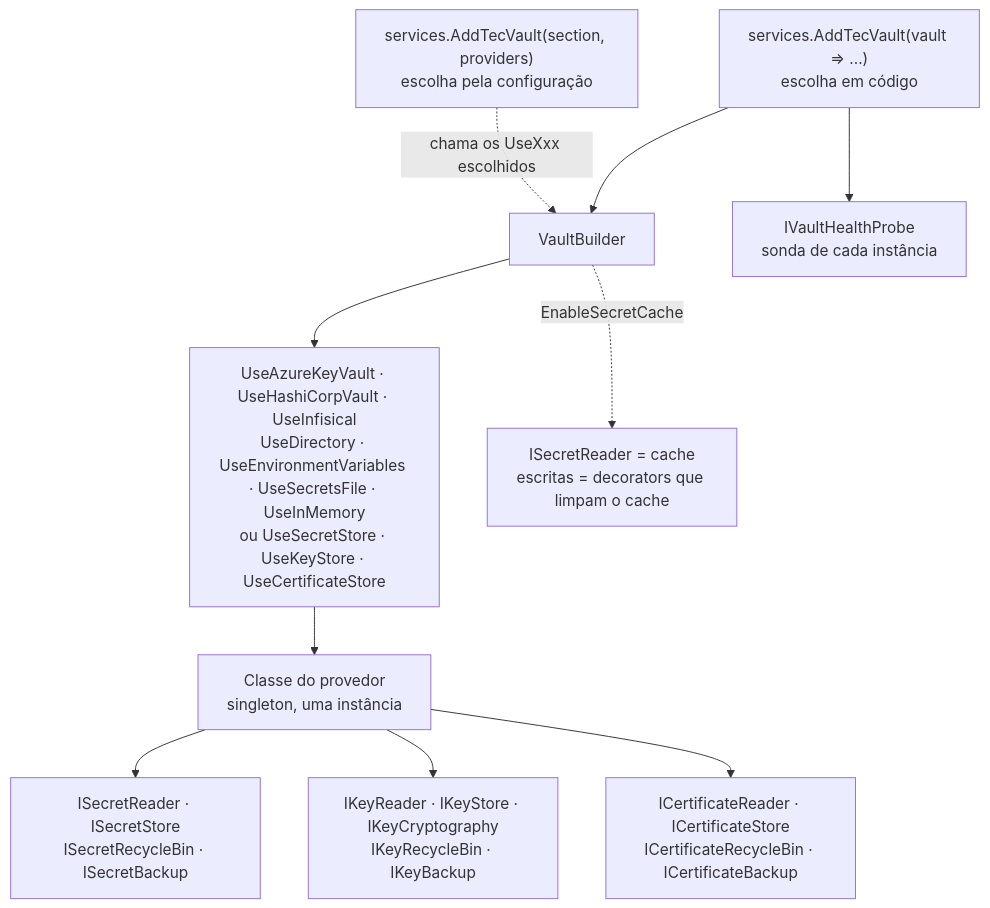
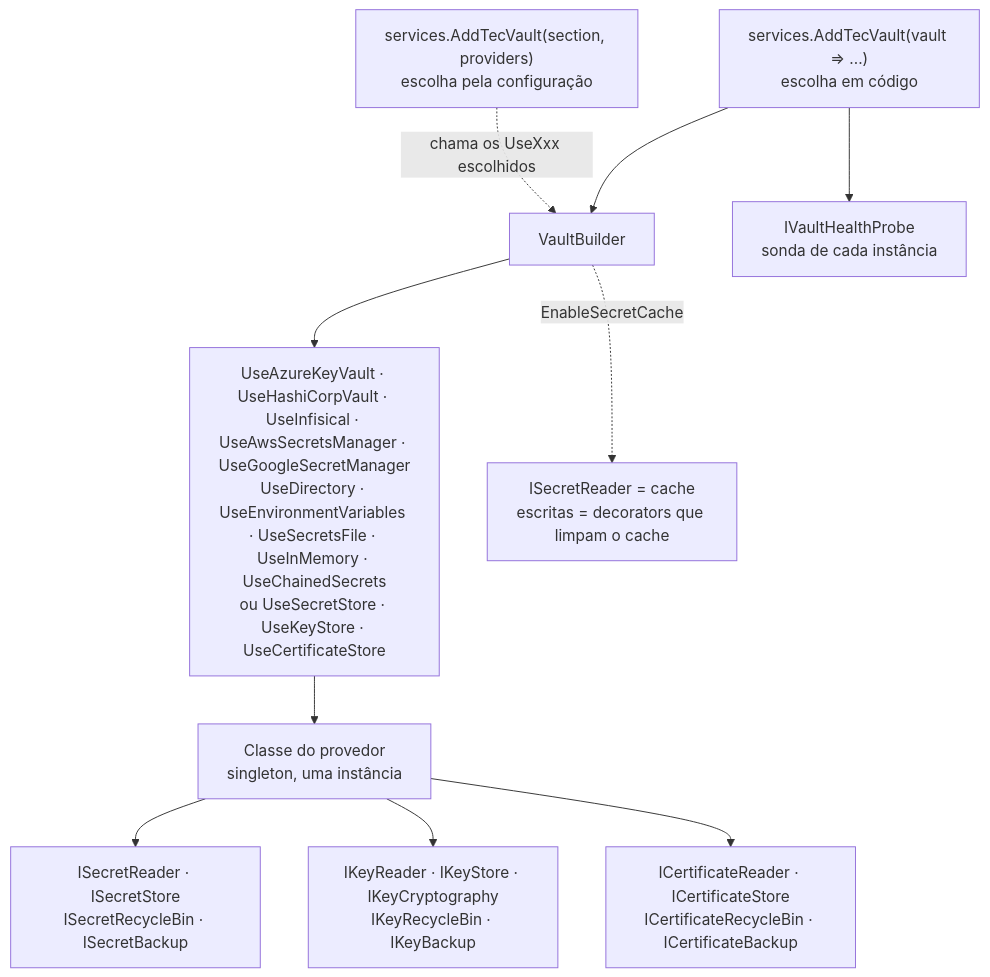
The diagram in docs/injecao-de-dependencias.md (tudoemcodigo/lib-tec-vault), drawn with Mermaid before and after one commit. The commit also changed other lines of this file and 19 other files, not shown here.

````diff
--- a/docs/injecao-de-dependencias.md
+++ b/docs/injecao-de-dependencias.md
@@ -21,12 +21,12 @@
 ```mermaid
 flowchart TD
     A["services.AddTecVault(vault => ...)<br/>escolha em código"] --> B["VaultBuilder"]
     CFG["services.AddTecVault(section, providers)<br/>escolha pela configuração"] -. "chama os UseXxx escolhidos" .-> B
-    B --> P["UseAzureKeyVault · UseHashiCorpVault · UseInfisical<br/>UseDirectory · UseEnvironmentVariables · UseSecretsFile · UseInMemory<br/>ou UseSecretStore · UseKeyStore · UseCertificateStore"]
+    B --> P["UseAzureKeyVault · UseHashiCorpVault · UseInfisical · UseAwsSecretsManager · UseGoogleSecretManager<br/>UseDirectory · UseEnvironmentVariables · UseSecretsFile · UseInMemory · UseChainedSecrets<br/>ou UseSecretStore · UseKeyStore · UseCertificateStore"]
     P --> S["Classe do provedor<br/>singleton, uma instância"]
     S --> R1["ISecretReader · ISecretStore<br/>ISecretRecycleBin · ISecretBackup"]
     S --> R2["IKeyReader · IKeyStore · IKeyCryptography<br/>IKeyRecycleBin · IKeyBackup"]
     S --> R3["ICertificateReader · ICertificateStore<br/>ICertificateRecycleBin · ICertificateBackup"]
     B -. "EnableSecretCache" .-> CACHE["ISecretReader = cache<br/>escritas = decorators que limpam o cache"]
     A --> HP["IVaultHealthProbe<br/>sonda de cada instância"]
 ```
````
